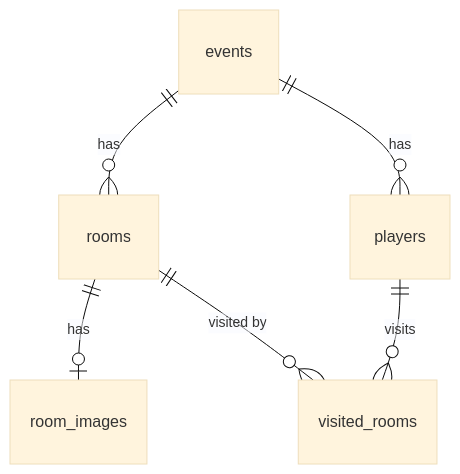
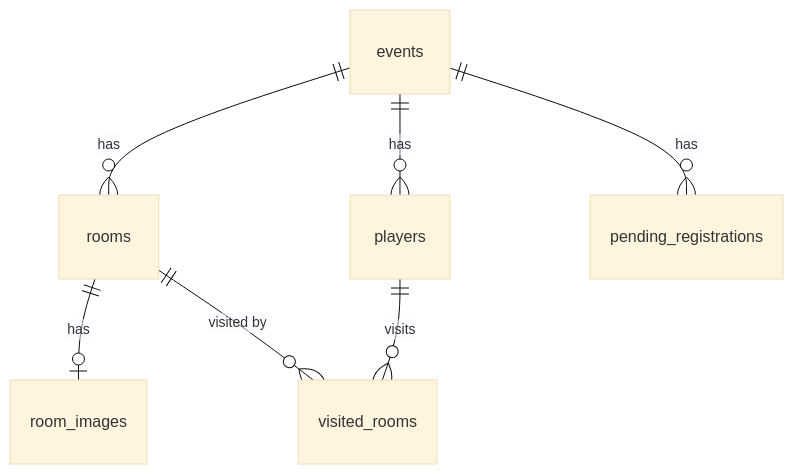
Before and after one commit to gantaro-max/stamp-rally: the diagram in docs/database.md, drawn with Mermaid (base theme). The commit also changed other lines of this file and 2 other files, not shown here.

First line of the commit message:
Redesign pending registration state as DB-persisted (Koyeb free tier constraint)

````diff
--- a/docs/database.md
+++ b/docs/database.md
@@ -100,8 +115,9 @@
 ```mermaid
 erDiagram
     events ||--o{ rooms : "has"
     events ||--o{ players : "has"
+    events ||--o{ pending_registrations : "has"
     rooms ||--o| room_images : "has"
     rooms ||--o{ visited_rooms : "visited by"
     players ||--o{ visited_rooms : "visits"
 ```
````
